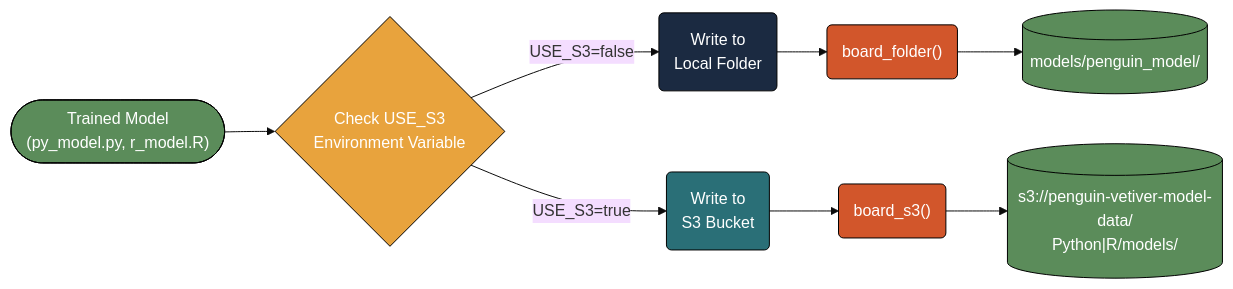
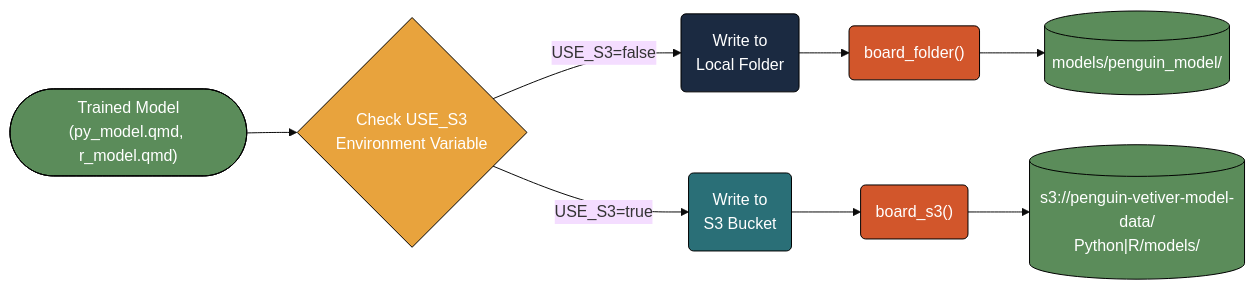
Before and after one commit to mjfrigaard/do4ds-labs: the first of 2 diagrams in s3-data.qmd, drawn with Mermaid. The commit also changed 6 other files, not shown here.

Commit message:
lab07 workflow renders model qmd files; remove extracted scripts

````diff
--- a/s3-data.qmd
+++ b/s3-data.qmd
@@ -184,29 +184,29 @@
 ```{mermaid}
 %%| fig-cap: 'Model Push (Write) Flow'
 %%| fig-width: 7.0
 %%| fig-align: 'center'
 %%{init: {'theme': 'base', 'look': 'classic', 'themeVariables': {'fontFamily': 'monospace'}}}%%
 
 graph LR
-    Model(["Trained Model<br/>(py_model.py, r_model.R)"])
+    Model(["Trained Model<br/>(py_model.qmd, r_model.qmd)"])
     Check{"Check USE_S3<br/>Environment Variable"}
     Model --> Check
 
     Check -->|USE_S3=false| Local("Write to<br/>Local Folder")
     Check -->|USE_S3=true| S3("Write to<br/>S3 Bucket")
 
     Local --> LocalBoard("board_folder()")
     S3 --> S3Board("board_s3()")
 
     LocalBoard --> LocalPath[("models/penguin_model/")]
     S3Board --> S3Path[("s3://penguin-vetiver-model-data/<br/>Python|R/models/")]
 
     style Model fill:#5B8C5A,stroke:#000000,stroke-width:1px,color:#ffffff
     style Check fill:#E8A33D,stroke:#000000,stroke-width:1px,color:#ffffff
     style Local fill:#1B2A41,stroke:#000000,stroke-width:1px,color:#ffffff
     style S3 fill:#2A6F77,stroke:#000000,stroke-width:1px,color:#ffffff
     style LocalBoard fill:#D2562B,stroke:#000000,stroke-width:1px,color:#ffffff
     style S3Board fill:#D2562B,stroke:#000000,stroke-width:1px,color:#ffffff
     style LocalPath fill:#5B8C5A,stroke:#000000,stroke-width:1px,color:#ffffff
     style S3Path fill:#5B8C5A,stroke:#000000,stroke-width:1px,color:#ffffff
 ```
````
